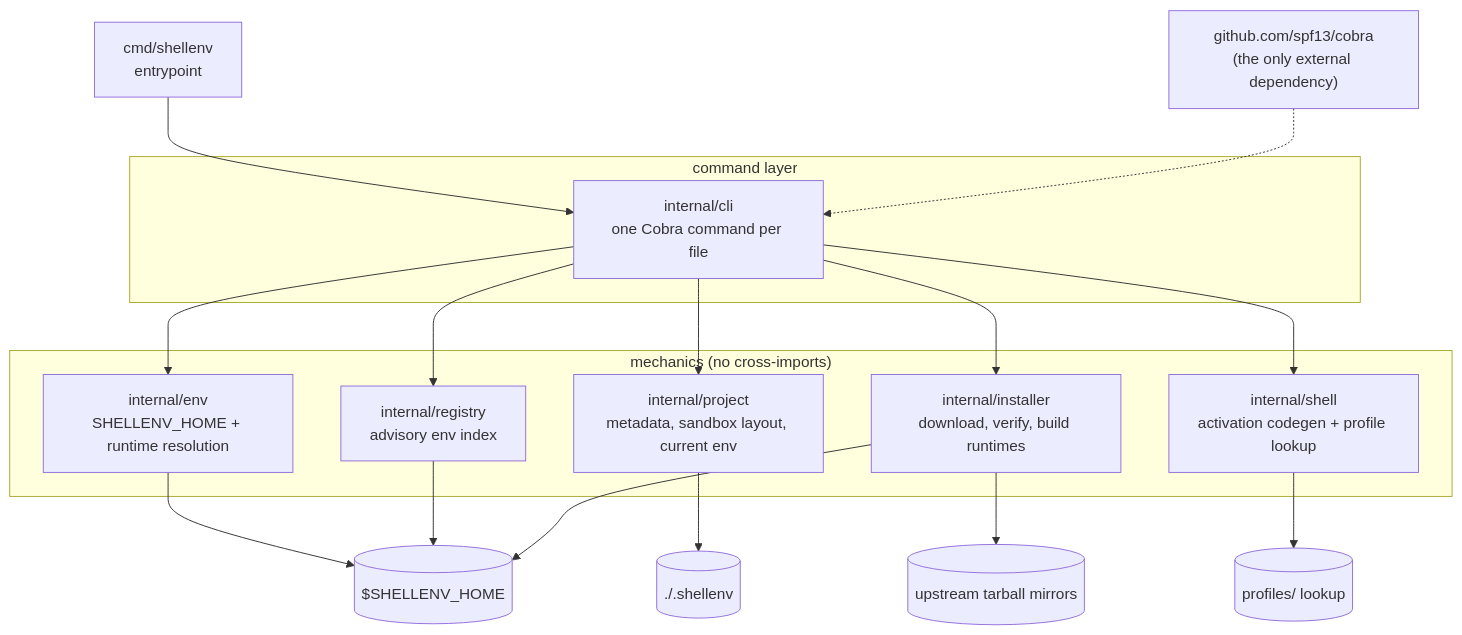
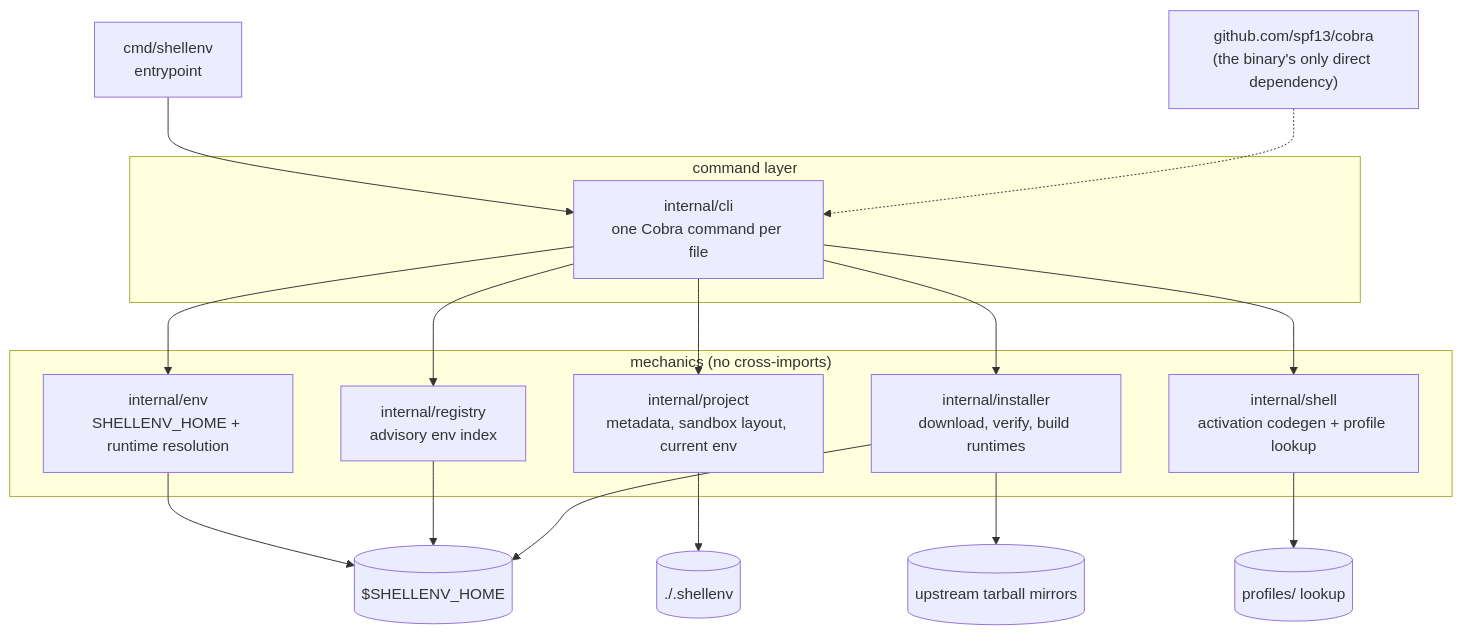
The third of 8 diagrams in docs/ARCHITECTURE.md (systemhalted/shellenv), drawn with Mermaid before and after one commit. The commit also changed other lines of this file and 3 other files, not shown here.

````diff
--- a/docs/ARCHITECTURE.md
+++ b/docs/ARCHITECTURE.md
@@ -112,30 +112,30 @@
 ```mermaid
 flowchart TD
     main["cmd/shellenv<br/>entrypoint"] --> cli
 
     subgraph commands["command layer"]
         cli["internal/cli<br/>one Cobra command per file"]
     end
-    cobra["github.com/spf13/cobra<br/>(the only external dependency)"] -.-> cli
+    cobra["github.com/spf13/cobra<br/>(the binary's only direct dependency)"] -.-> cli
 
     subgraph mechanics["mechanics (no cross-imports)"]
         env["internal/env<br/>SHELLENV_HOME + runtime resolution"]
         project["internal/project<br/>metadata, sandbox layout, current env"]
         installer["internal/installer<br/>download, verify, build runtimes"]
         shellpkg["internal/shell<br/>activation codegen + profile lookup"]
         registry["internal/registry<br/>advisory env index"]
     end
 
     cli --> env
     cli --> project
     cli --> installer
     cli --> shellpkg
     cli --> registry
 
     env --> fsHome[("$SHELLENV_HOME")]
     registry --> fsHome
     installer --> fsHome
     installer --> net[("upstream tarball mirrors")]
     project --> fsProj[("./.shellenv")]
     shellpkg --> fsProfiles[("profiles/ lookup")]
 ```
````
